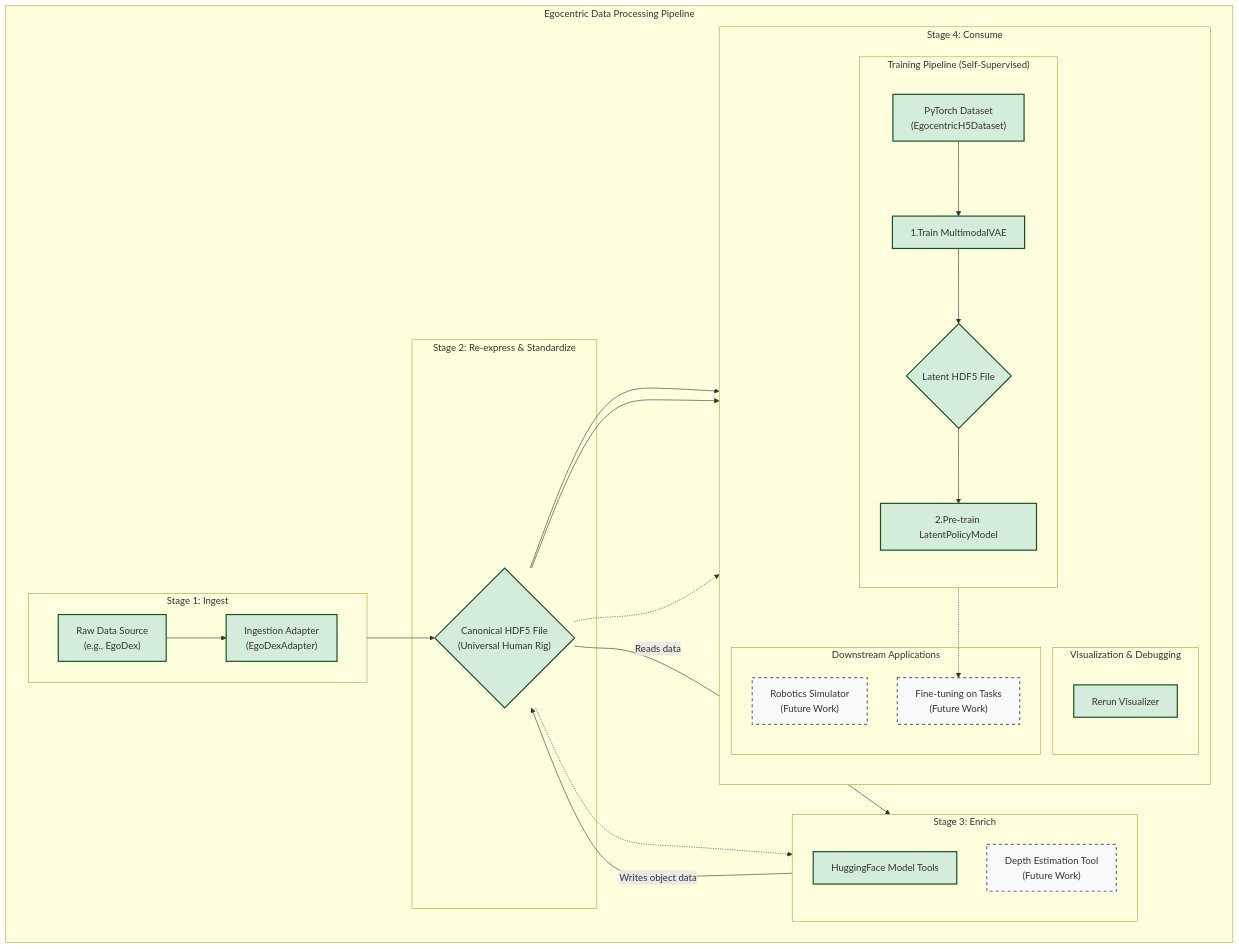
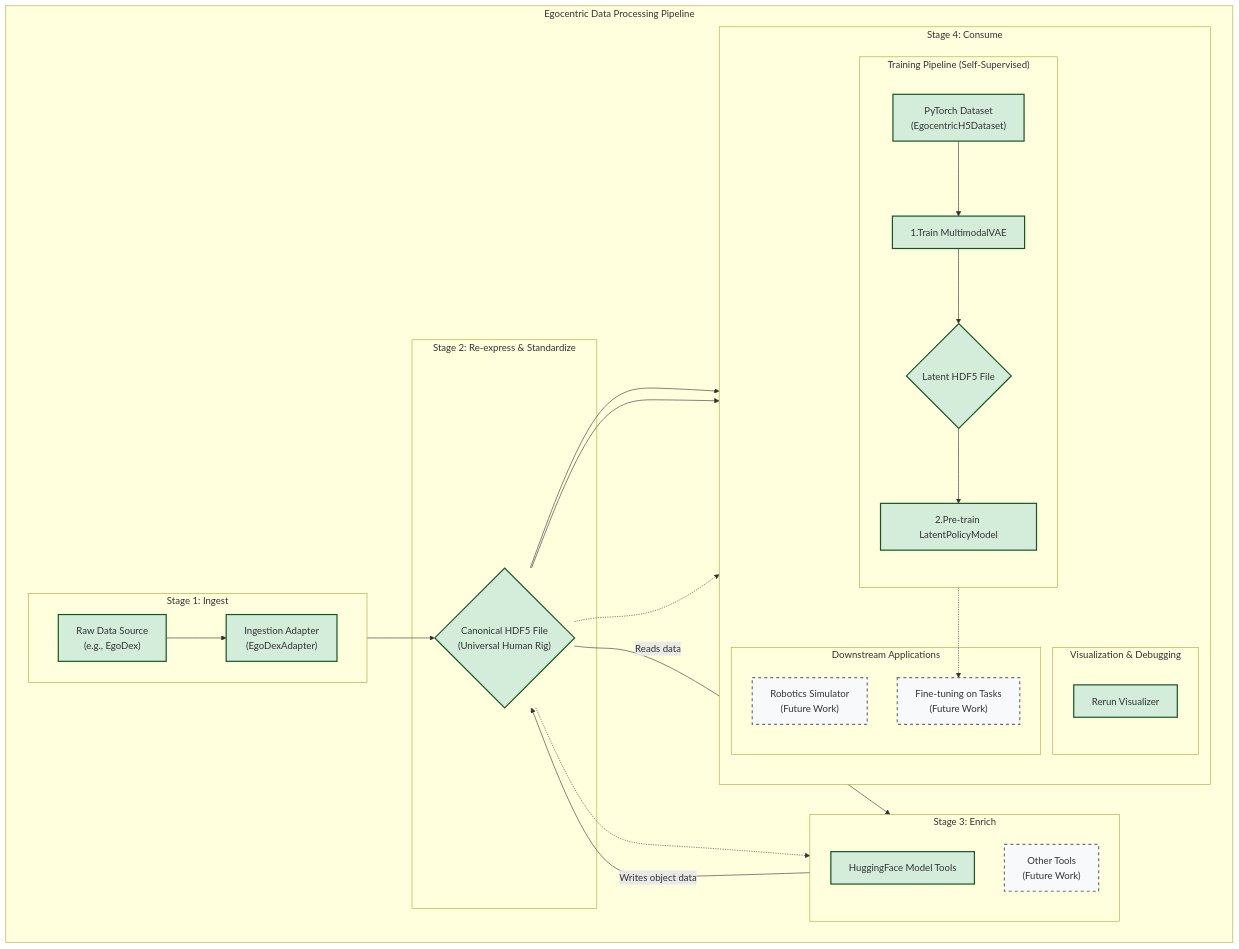
One commit to IstariRobotics/egohub changed the diagram in README.md. Above: the diagram before and after it, drawn with Mermaid.

````diff
--- a/README.md
+++ b/README.md
@@ -14,60 +14,60 @@
 ```mermaid
 graph TD
 %% Define Styles
 classDef built fill:#d4edda,stroke:#155724,stroke-width:2px
 classDef notBuilt fill:#f8f9fa,stroke:#6c757d,stroke-width:2px,stroke-dasharray: 5 5
 
 subgraph "Egocentric Data Processing Pipeline"
     direction LR
 
     subgraph "Stage 1: Ingest"
         direction LR
         RawData["Raw Data Source<br/>(e.g., EgoDex)"] --> Adapter["Ingestion Adapter<br/>(EgoDexAdapter)"]
     end
 
     subgraph "Stage 2: Re-express & Standardize"
         Adapter --> CanonicalH5{"Canonical HDF5 File<br/>(Universal Human Rig)"}
     end
 
     subgraph "Stage 3: Enrich"
         direction TB
         ToolDetection["HuggingFace Model Tools"]
-        ToolDepth["Depth Estimation Tool<br/>(Future Work)"]
+        ToolOther["Other Tools<br/>(Future Work)"]
     
         CanonicalH5 -->|Reads data| ToolDetection
         ToolDetection -->|Writes object data| CanonicalH5
-        CanonicalH5 -.-> ToolDepth
+        CanonicalH5 -.-> ToolOther
     end
 
     subgraph "Stage 4: Consume"
         direction TB
 
         subgraph "Visualization & Debugging"
             AppRerun["Rerun Visualizer"]
         end
     
         subgraph "Training Pipeline (Self-Supervised)"
             direction TB
             PytorchDS["PyTorch Dataset<br/>(EgocentricH5Dataset)"] --> VAE["1.Train MultimodalVAE"]
             VAE --> LatentH5{"Latent HDF5 File"}
             LatentH5 --> Policy["2.Pre-train LatentPolicyModel"]
         end
 
         subgraph "Downstream Applications"
             AppSim["Robotics Simulator<br/>(Future Work)"]
             AppFinetune["Fine-tuning on Tasks<br/>(Future Work)"]
         end
     end
 
 end
 
 %% Define Flows
 CanonicalH5 --> PytorchDS
 CanonicalH5 --> AppRerun
 Policy -.-> AppFinetune
 CanonicalH5 -.-> AppSim
 
 %% Apply Styles to Nodes
 class RawData,Adapter,CanonicalH5,PytorchDS,VAE,LatentH5,Policy,AppRerun,ToolDetection built
-class ToolDepth,AppSim,AppFinetune notBuilt
+class ToolOther,AppSim,AppFinetune notBuilt
 ```
````
